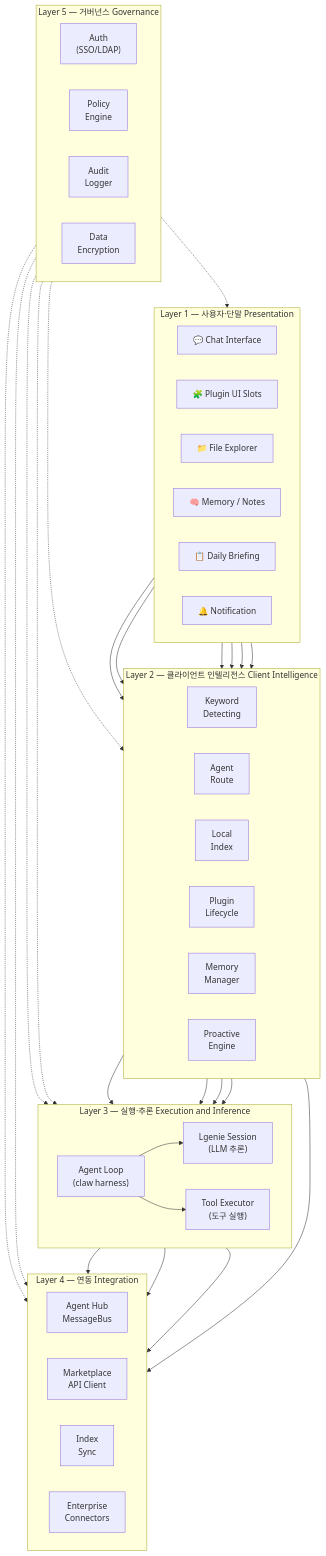
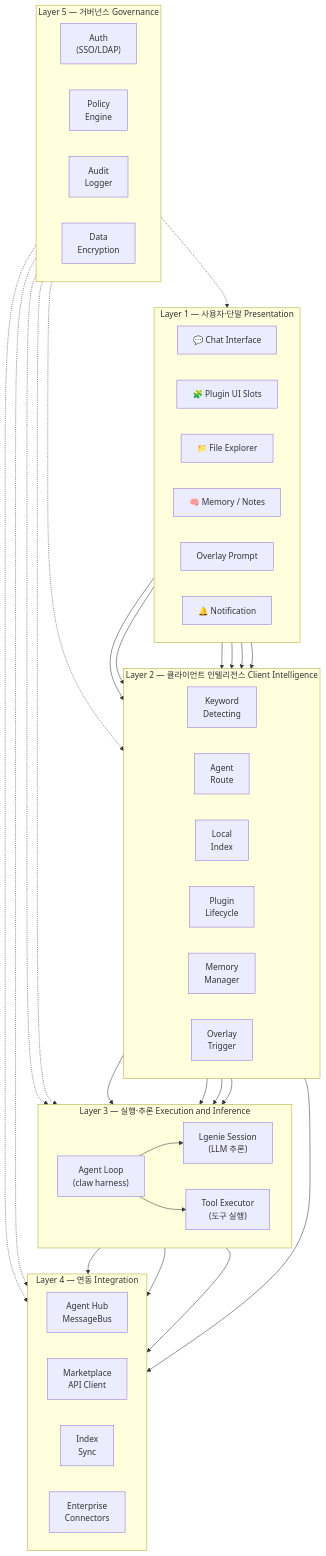
Before and after one commit to lvis-project/lvis-app: the fourth of 44 diagrams in docs/architecture/architecture.md, drawn with Mermaid. The commit also changed other lines of this file and 47 other files, not shown here.

First line of the commit message:
Clarify overlay trigger authority boundaries

````diff
--- a/docs/architecture/architecture.md
+++ b/docs/architecture/architecture.md
@@ -222,71 +222,71 @@
 ```mermaid
 graph TB
     subgraph "Layer 1 — 사용자·단말 Presentation"
         direction LR
         L1_CHAT["💬 Chat Interface"]
         L1_PLUGIN_UI["🧩 Plugin UI Slots"]
         L1_FILE["📁 File Explorer"]
         L1_MEM["🧠 Memory / Notes"]
-        L1_BRIEF["📋 Daily Briefing"]
+        L1_OVERLAY["Overlay Prompt"]
         L1_NOTIFY["🔔 Notification"]
     end
 
     subgraph "Layer 2 — 클라이언트 인텔리전스 Client Intelligence"
         direction LR
         L2_KW["Keyword<br/>Detecting"]
         L2_ROUTE["Agent<br/>Route"]
         L2_IDX["Local<br/>Index"]
         L2_PLUGIN["Plugin<br/>Lifecycle"]
         L2_MEMORY["Memory<br/>Manager"]
-        L2_PROACTIVE["Proactive<br/>Engine"]
+        L2_OVERLAY["Overlay<br/>Trigger"]
     end
 
     subgraph "Layer 3 — 실행·추론 Execution and Inference"
         direction LR
         L3_SESSION["Lgenie Session<br/>(LLM 추론)"]
         L3_TOOL["Tool Executor<br/>(도구 실행)"]
         L3_AGENT_LOOP["Agent Loop<br/>(claw harness)"]
     end
 
     subgraph "Layer 4 — 연동 Integration"
         direction LR
         L4_MSGBUS["Agent Hub<br/>MessageBus"]
         L4_MARKET["Marketplace<br/>API Client"]
         L4_SYNC["Index<br/>Sync"]
         L4_CONNECTOR["Enterprise<br/>Connectors"]
     end
 
     subgraph "Layer 5 — 거버넌스 Governance"
         direction LR
         L5_AUTH["Auth<br/>(SSO/LDAP)"]
         L5_POLICY["Policy<br/>Engine"]
         L5_AUDIT["Audit<br/>Logger"]
         L5_ENCRYPT["Data<br/>Encryption"]
     end
 
     L1_CHAT --> L2_KW
     L1_CHAT --> L2_ROUTE
     L1_PLUGIN_UI --> L2_PLUGIN
     L1_FILE --> L2_IDX
     L1_MEM --> L2_MEMORY
-    L1_BRIEF --> L2_PROACTIVE
+    L1_OVERLAY --> L2_OVERLAY
 
     L2_KW --> L3_AGENT_LOOP
     L2_ROUTE --> L3_AGENT_LOOP
     L2_MEMORY --> L3_SESSION
-    L2_PROACTIVE --> L3_SESSION
+    L2_OVERLAY --> L3_SESSION
     L3_AGENT_LOOP --> L3_SESSION
     L3_AGENT_LOOP --> L3_TOOL
 
     L3_SESSION --> L4_MSGBUS
     L3_TOOL --> L4_MARKET
     L3_TOOL --> L4_CONNECTOR
     L2_IDX --> L4_SYNC
 
     L5_AUTH -.-> L1_CHAT
     L5_POLICY -.-> L3_TOOL
     L5_POLICY -.-> L4_CONNECTOR
     L5_AUDIT -.-> L3_SESSION
     L5_AUDIT -.-> L4_MSGBUS
     L5_ENCRYPT -.-> L2_MEMORY
 ```
````
